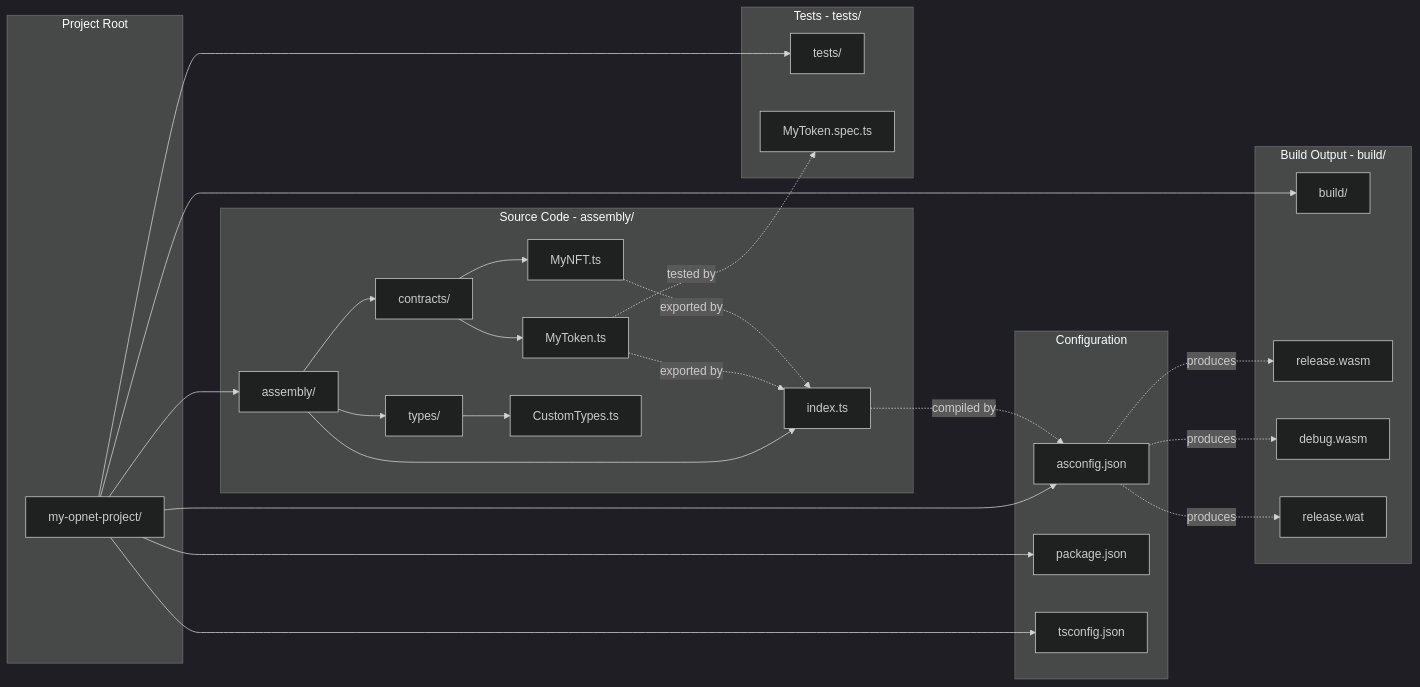
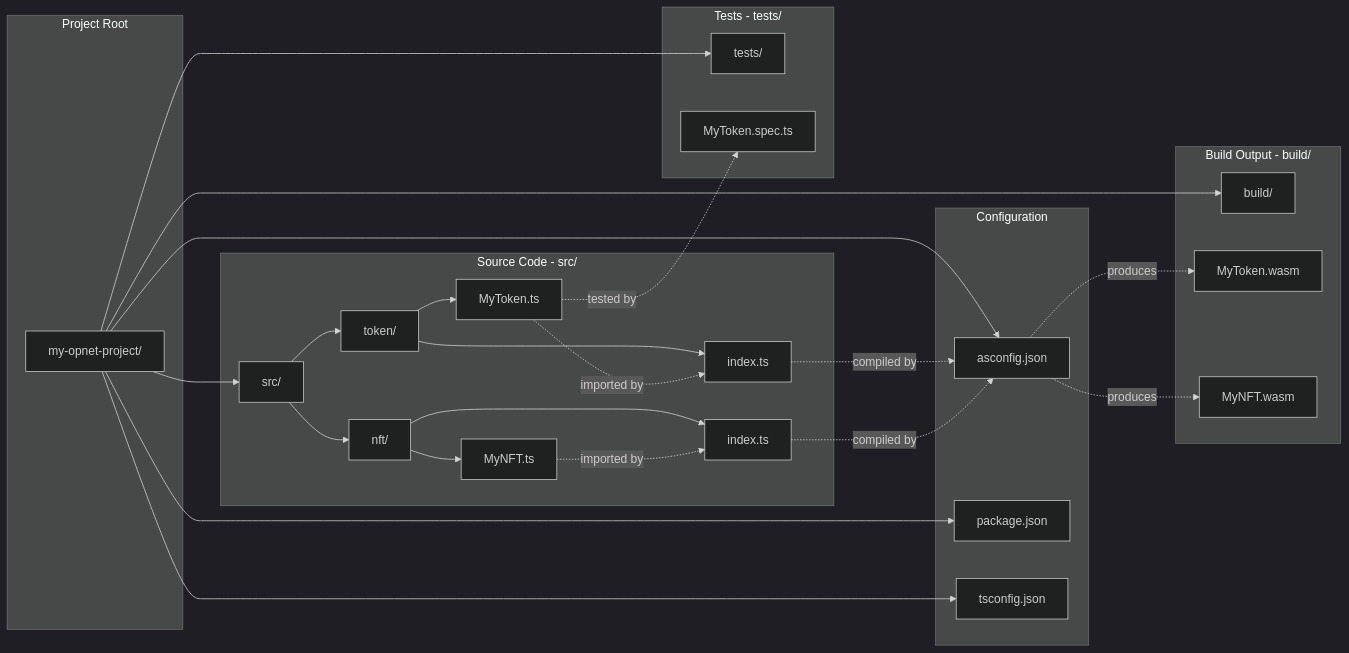
The first of 3 diagrams in docs/getting-started/project-structure.md (btc-vision/btc-runtime), drawn with Mermaid before and after one commit. The commit also changed other lines of this file and 30 other files, not shown here.

````diff
--- a/docs/getting-started/project-structure.md
+++ b/docs/getting-started/project-structure.md
@@ -11,64 +11,63 @@
 ```mermaid
 ---
 config:
   theme: dark
 ---
 graph LR
     subgraph root["Project Root"]
         ROOT["my-opnet-project/"]
     end
 
-    subgraph source["Source Code - assembly/"]
-        ASM["assembly/"]
-        CONTRACTS["contracts/"]
-        TYPES["types/"]
-        INDEX["index.ts"]
+    subgraph source["Source Code - src/"]
+        SRC["src/"]
+        TOKEN_DIR["token/"]
+        NFT_DIR["nft/"]
 
         TOKEN["MyToken.ts"]
+        TOKEN_INDEX["index.ts"]
         NFT["MyNFT.ts"]
-        CUSTOM["CustomTypes.ts"]
+        NFT_INDEX["index.ts"]
     end
 
     subgraph build["Build Output - build/"]
         BUILD["build/"]
-        RELEASE["release.wasm"]
-        DEBUG["debug.wasm"]
-        WAT["release.wat"]
+        TOKEN_WASM["MyToken.wasm"]
+        NFT_WASM["MyNFT.wasm"]
     end
 
     subgraph tests["Tests - tests/"]
         TESTS["tests/"]
         SPEC["MyToken.spec.ts"]
     end
 
     subgraph config["Configuration"]
         ASCONFIG["asconfig.json"]
         PKG["package.json"]
         TSCONFIG["tsconfig.json"]
     end
 
-    ROOT --> ASM
+    ROOT --> SRC
     ROOT --> BUILD
     ROOT --> TESTS
     ROOT --> ASCONFIG
     ROOT --> PKG
     ROOT --> TSCONFIG
 
-    ASM --> CONTRACTS
-    ASM --> TYPES
-    ASM --> INDEX
+    SRC --> TOKEN_DIR
+    SRC --> NFT_DIR
 
-    CONTRACTS --> TOKEN
-    CONTRACTS --> NFT
-    TYPES --> CUSTOM
+    TOKEN_DIR --> TOKEN
+    TOKEN_DIR --> TOKEN_INDEX
+    NFT_DIR --> NFT
+    NFT_DIR --> NFT_INDEX
 
-    TOKEN -.->|"exported by"| INDEX
-    NFT -.->|"exported by"| INDEX
+    TOKEN -.->|"imported by"| TOKEN_INDEX
+    NFT -.->|"imported by"| NFT_INDEX
 
-    INDEX -.->|"compiled by"| ASCONFIG
-    ASCONFIG -.->|"produces"| RELEASE
-    ASCONFIG -.->|"produces"| DEBUG
-    ASCONFIG -.->|"produces"| WAT
+    TOKEN_INDEX -.->|"compiled by"| ASCONFIG
+    NFT_INDEX -.->|"compiled by"| ASCONFIG
+    ASCONFIG -.->|"produces"| TOKEN_WASM
+    ASCONFIG -.->|"produces"| NFT_WASM
 
     TOKEN -.->|"tested by"| SPEC
 ```
````
